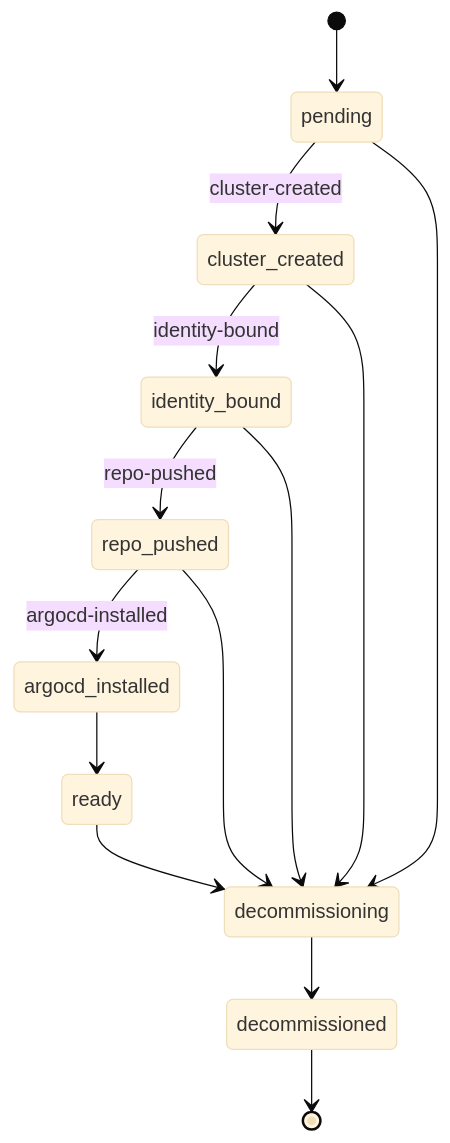
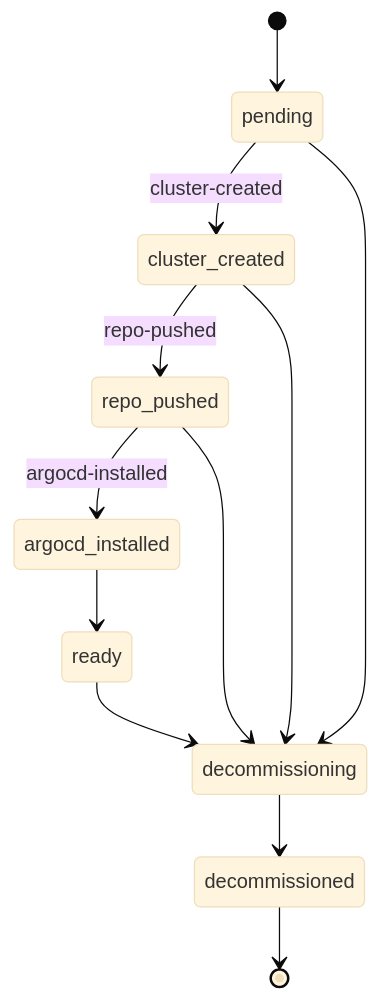
Before and after one commit to GitOpsHub/kubespin: the second of 2 diagrams in docs/architecture.md, drawn with Mermaid (base theme). The commit also changed other lines of this file and 132 other files, not shown here.

````diff
--- a/docs/architecture.md
+++ b/docs/architecture.md
@@ -100,17 +86,15 @@
 ```mermaid
 stateDiagram-v2
     [*] --> pending
     pending --> cluster_created: cluster-created
-    cluster_created --> identity_bound: identity-bound
-    identity_bound --> repo_pushed: repo-pushed
+    cluster_created --> repo_pushed: repo-pushed
     repo_pushed --> argocd_installed: argocd-installed
     argocd_installed --> ready
     ready --> decommissioning
     decommissioning --> decommissioned
     decommissioned --> [*]
 
     cluster_created --> decommissioning
-    identity_bound --> decommissioning
     repo_pushed --> decommissioning
     pending --> decommissioning
 ```
````
